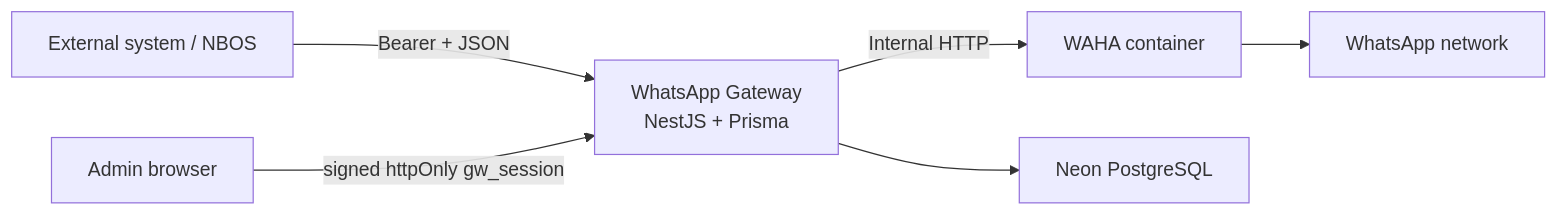
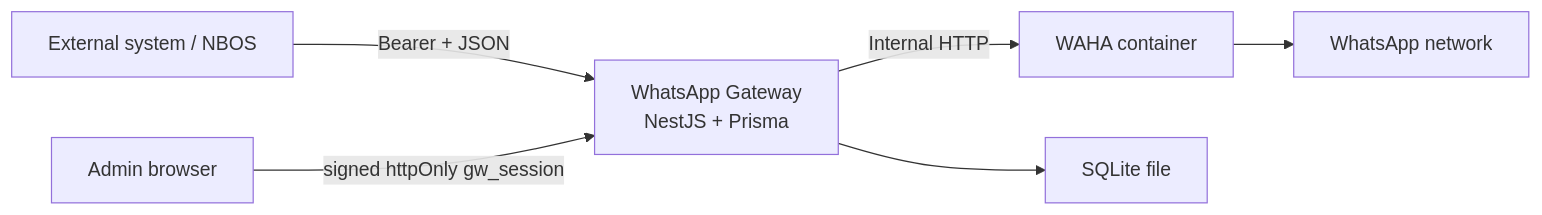
The diagram in README.md (neetrino/whatsapp-gateway), drawn with Mermaid before and after one commit. The commit also changed other lines of this file and 105 other files, not shown here.

First line of the commit message:
Switch the gateway to SQLite and keep only the WhatsApp bridge.

````diff
--- a/README.md
+++ b/README.md
@@ -23,8 +23,8 @@
 ```mermaid
 flowchart LR
   Client["External system / NBOS"] -->|"Bearer + JSON"| Gateway["WhatsApp Gateway\nNestJS + Prisma"]
   Browser["Admin browser"] -->|"signed httpOnly gw_session"| Gateway
   Gateway -->|"Internal HTTP"| WAHA["WAHA container"]
   WAHA --> WhatsApp["WhatsApp network"]
-  Gateway --> Neon["Neon PostgreSQL"]
+  Gateway --> SQLite["SQLite file"]
 ```
````
